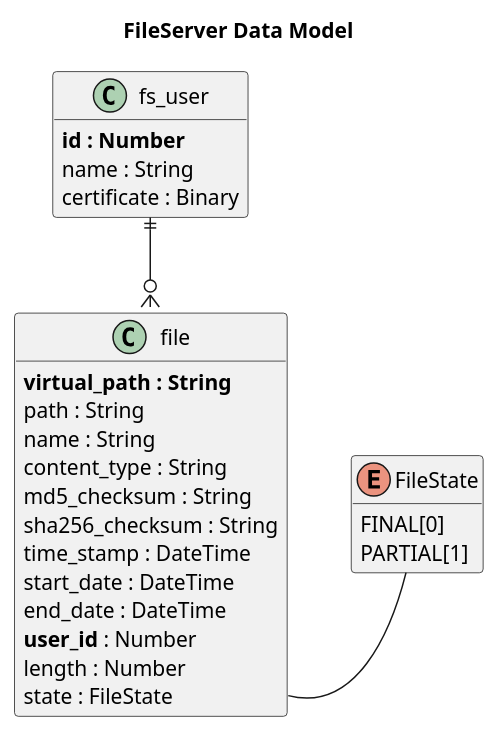
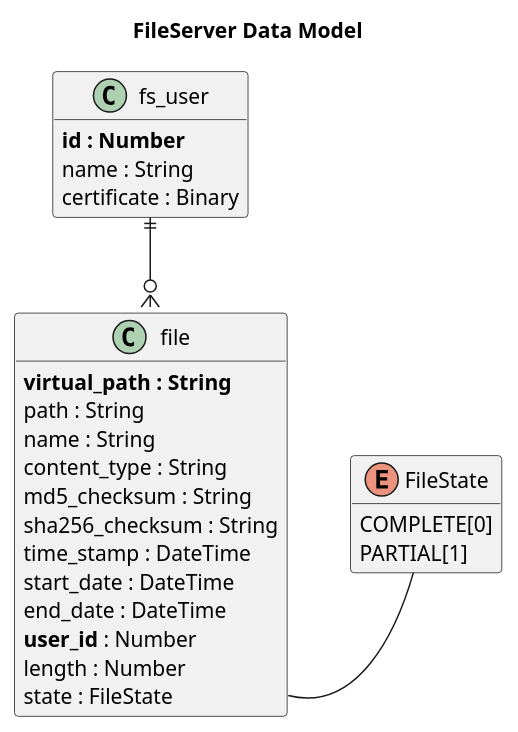
One commit to eluinstra/file-server-core changed the diagram in resources/docu/FileServer Entity Relationship Diagram.plantuml. Above: the diagram before and after it, drawn with PlantUML. The commit also changed 14 other files, not shown here.

```diff
--- a/resources/docu/FileServer Entity Relationship Diagram.plantuml
+++ b/resources/docu/FileServer Entity Relationship Diagram.plantuml
@@ -1,38 +1,38 @@
 @startuml
 title FileServer Data Model
 
 class fs_user {
 	**id : Number**
 	name : String
 	certificate : Binary
 }
 
 class file {
 	**virtual_path : String**
 	path : String
 	name : String
 	content_type : String
 	md5_checksum : String
 	sha256_checksum : String
 	time_stamp : DateTime
 	start_date : DateTime
 	end_date : DateTime
 	**user_id** : Number
 	length : Number
 	state : FileState
 	FOREIGN KEY (user_id) REFERENCES fs_user(id)
 }
 
 enum FileState {
-  FINAL[0]
+  COMPLETE[0]
   PARTIAL[1]
 }
 
 ' fs_user::id ||--o{ file::user_id
 fs_user ||--o{ file
 file::state -right- FileState
 
 hide empty members
 hide methods
 
 @enduml
```
